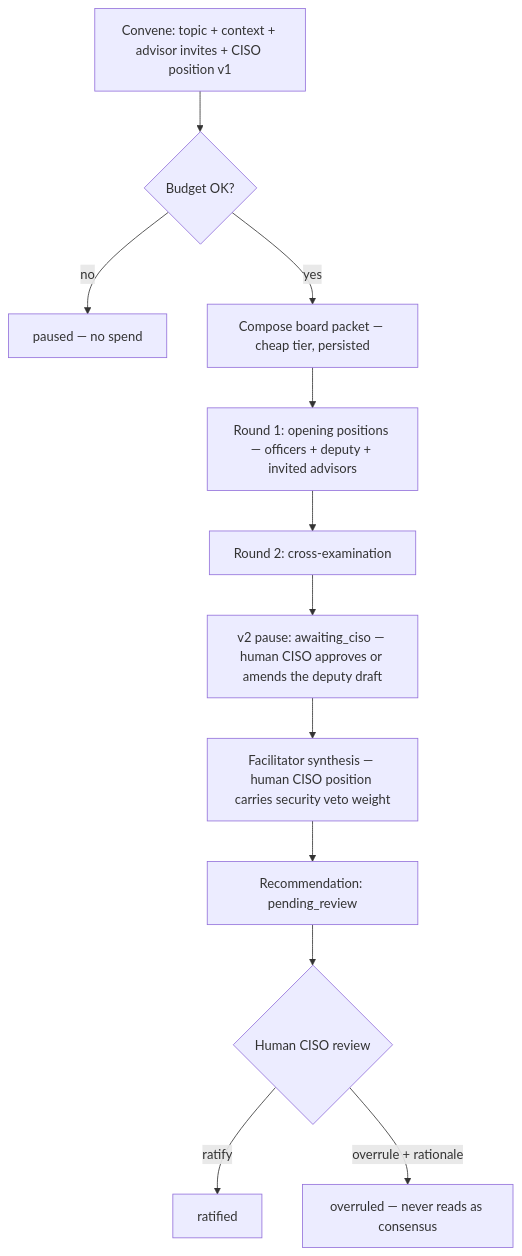
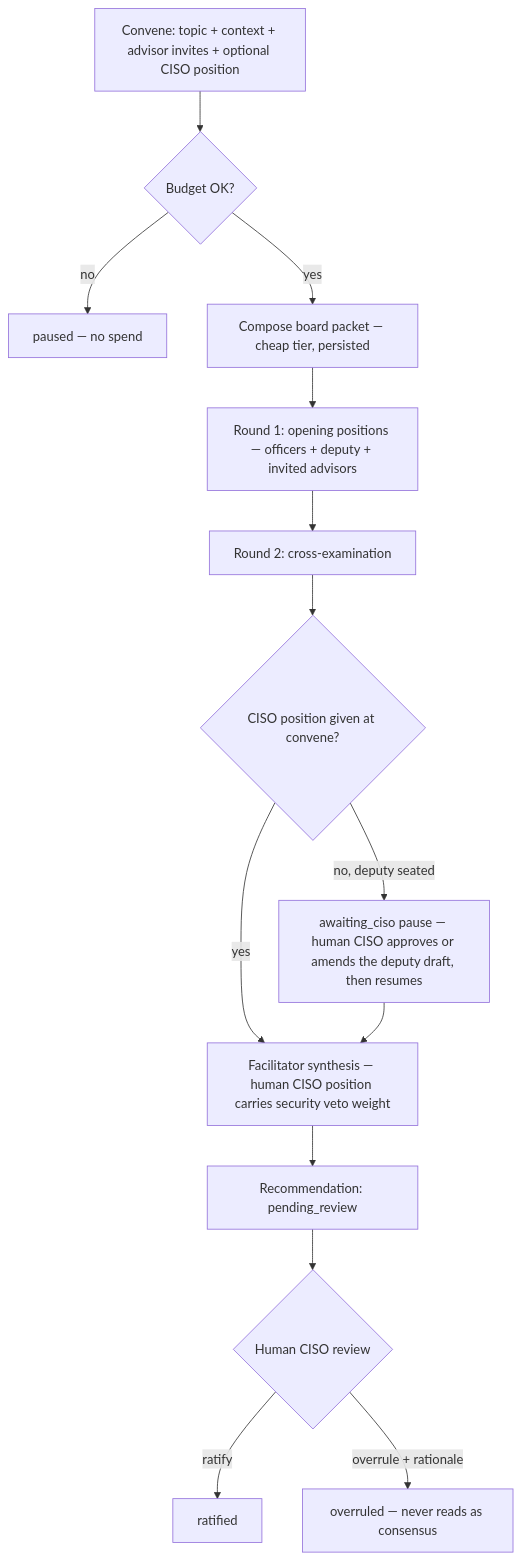
The diagram in docs/agents/board-of-directors.md (markdconnelly/ImperionCRM), drawn with Mermaid before and after one commit. The commit also changed other lines of this file and 9 other files, not shown here.

Commit message:
feat(board): deputy pause flow UI - awaiting_ciso approve/amend/resume (#185)

````diff
--- a/docs/agents/board-of-directors.md
+++ b/docs/agents/board-of-directors.md
@@ -69,14 +76,16 @@
 ```mermaid
 flowchart TD
-    A[Convene: topic + context + advisor invites + CISO position v1] --> B{Budget OK?}
+    A[Convene: topic + context + advisor invites + optional CISO position] --> B{Budget OK?}
     B -- no --> P[paused — no spend]
     B -- yes --> C[Compose board packet — cheap tier, persisted]
     C --> D[Round 1: opening positions — officers + deputy + invited advisors]
     D --> E[Round 2: cross-examination]
-    E --> V[v2 pause: awaiting_ciso — human CISO approves or amends the deputy draft]
-    V --> F[Facilitator synthesis — human CISO position carries security veto weight]
+    E --> V{CISO position given at convene?}
+    V -- no, deputy seated --> W[awaiting_ciso pause — human CISO approves or amends the deputy draft, then resumes]
+    V -- yes --> F
+    W --> F[Facilitator synthesis — human CISO position carries security veto weight]
     F --> G[Recommendation: pending_review]
     G --> H{Human CISO review}
     H -- ratify --> I[ratified]
     H -- overrule + rationale --> J[overruled — never reads as consensus]
 ```
````
